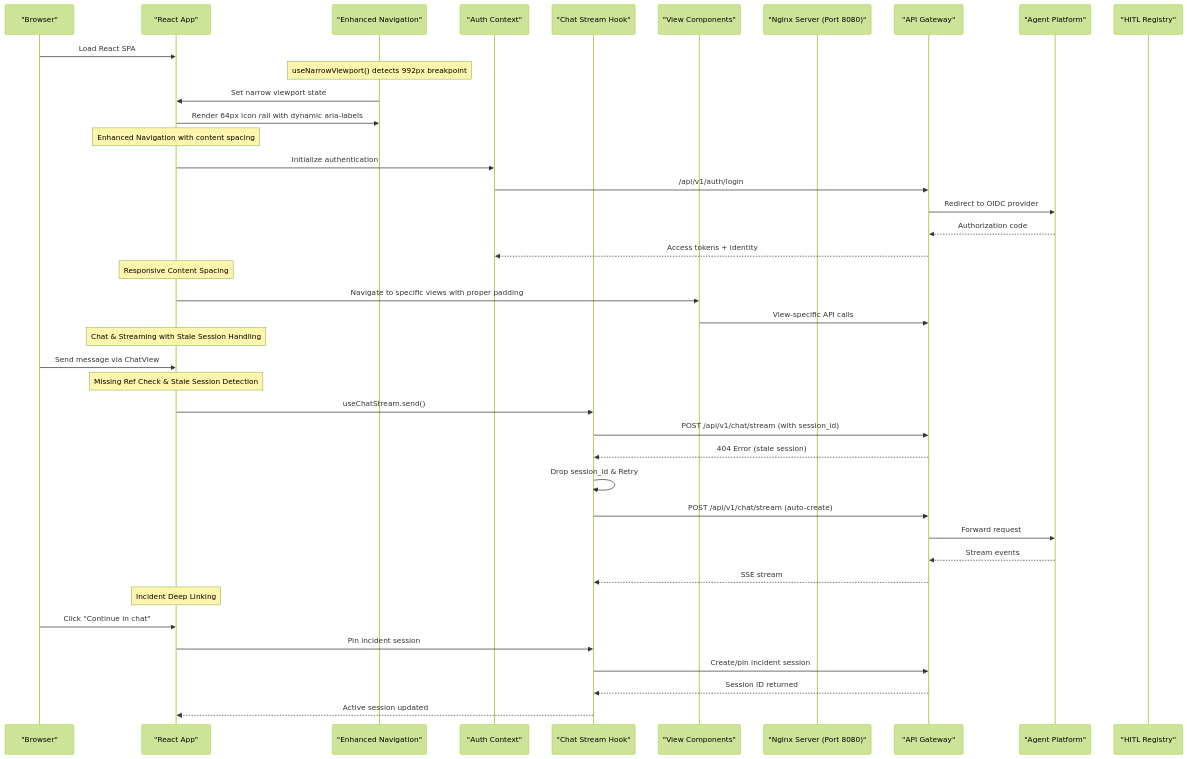
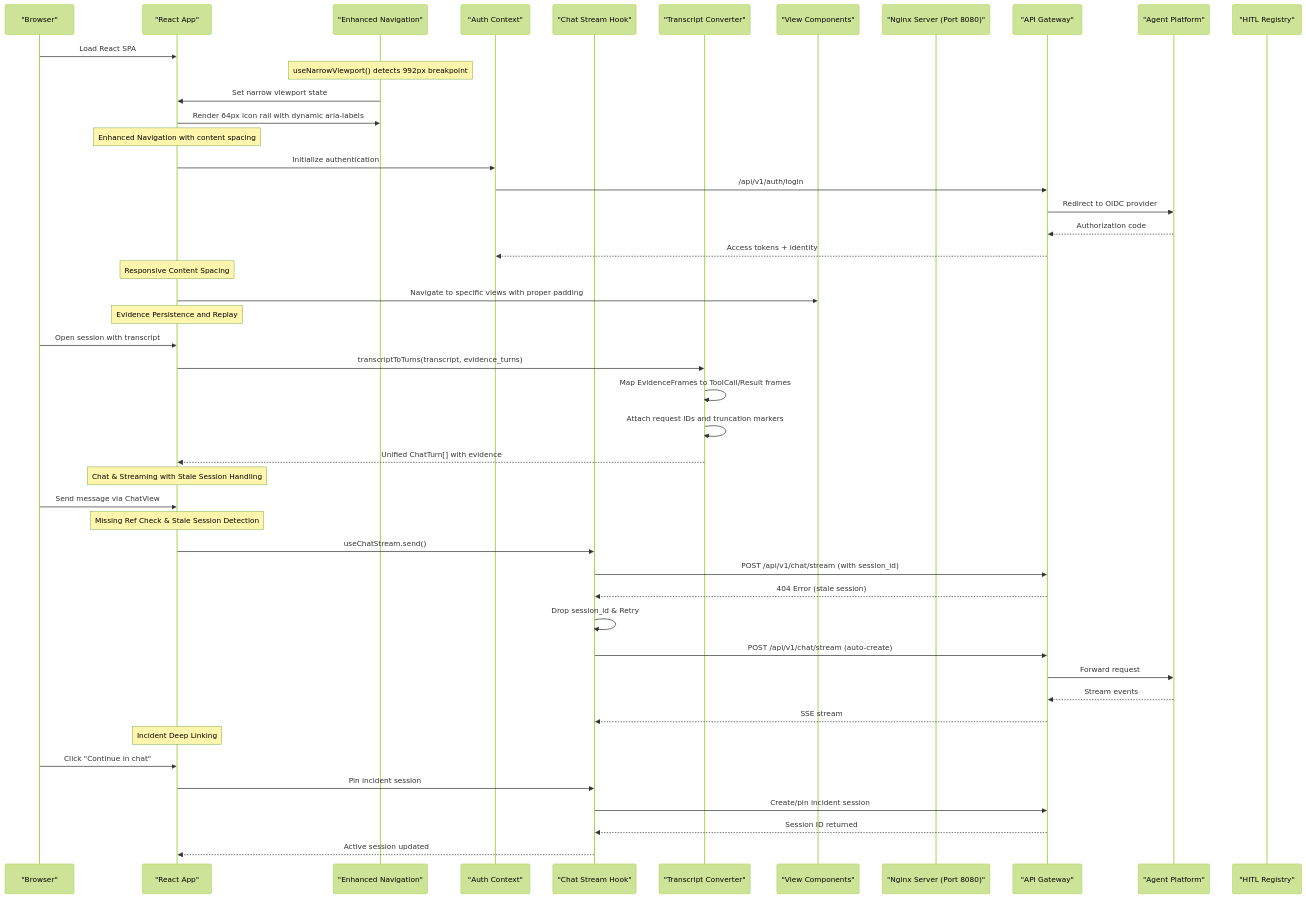
Before and after one commit to metasync/luban-aiops: the second of 2 diagrams in .qoder/repowiki/en/content/Operator Portal.md, drawn with Mermaid (forest theme). The commit also changed other lines of this file and 8 other files, not shown here.

````diff
--- a/.qoder/repowiki/en/content/Operator Portal.md
+++ b/.qoder/repowiki/en/content/Operator Portal.md
@@ -222,43 +229,49 @@
 ```mermaid
 sequenceDiagram
 participant User as "Browser"
 participant React as "React App"
 participant Nav as "Enhanced Navigation"
 participant Auth as "Auth Context"
 participant Stream as "Chat Stream Hook"
+participant Transcript as "Transcript Converter"
 participant Views as "View Components"
 participant Nginx as "Nginx Server (Port 8080)"
 participant Gateway as "API Gateway"
 participant Agent as "Agent Platform"
 participant HITL as "HITL Registry"
 User->>React : Load React SPA
 Note over Nav : useNarrowViewport() detects 992px breakpoint
 Nav->>React : Set narrow viewport state
 React->>Nav : Render 64px icon rail with dynamic aria-labels
 Note over React : Enhanced Navigation with content spacing
 React->>Auth : Initialize authentication
 Auth->>Gateway : /api/v1/auth/login
 Gateway->>Agent : Redirect to OIDC provider
 Agent-->>Gateway : Authorization code
 Gateway-->>Auth : Access tokens + identity
 Note over React : Responsive Content Spacing
 React->>Views : Navigate to specific views with proper padding
-Views->>Gateway : View-specific API calls
+Note over React : Evidence Persistence and Replay
+User->>React : Open session with transcript
+React->>Transcript : transcriptToTurns(transcript, evidence_turns)
+Transcript->>Transcript : Map EvidenceFrames to ToolCall/Result frames
+Transcript->>Transcript : Attach request IDs and truncation markers
+Transcript-->>React : Unified ChatTurn[] with evidence
 Note over React : Chat & Streaming with Stale Session Handling
 User->>React : Send message via ChatView
 Note over React : Missing Ref Check & Stale Session Detection
 React->>Stream : useChatStream.send()
 Stream->>Gateway : POST /api/v1/chat/stream (with session_id)
 Gateway-->>Stream : 404 Error (stale session)
 Stream->>Stream : Drop session_id & Retry
 Stream->>Gateway : POST /api/v1/chat/stream (auto-create)
 Gateway->>Agent : Forward request
 Agent-->>Gateway : Stream events
 Gateway-->>Stream : SSE stream
 Note over React : Incident Deep Linking
 User->>React : Click "Continue in chat"
 React->>Stream : Pin incident session
 Stream->>Gateway : Create/pin incident session
 Gateway-->>Stream : Session ID returned
 Stream-->>React : Active session updated
 ```
````
